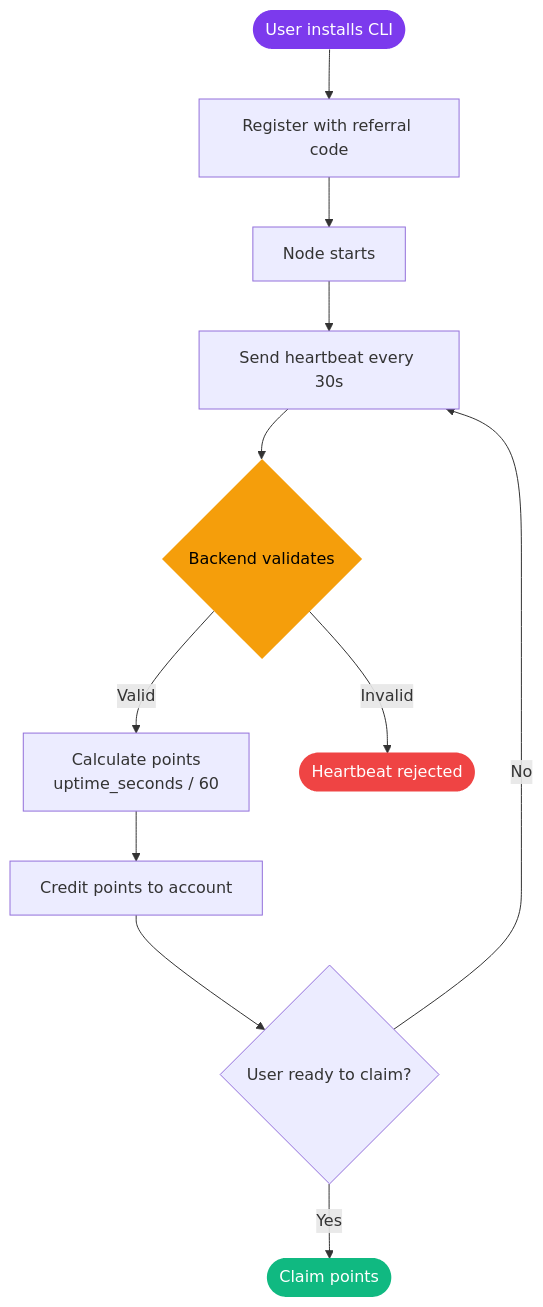
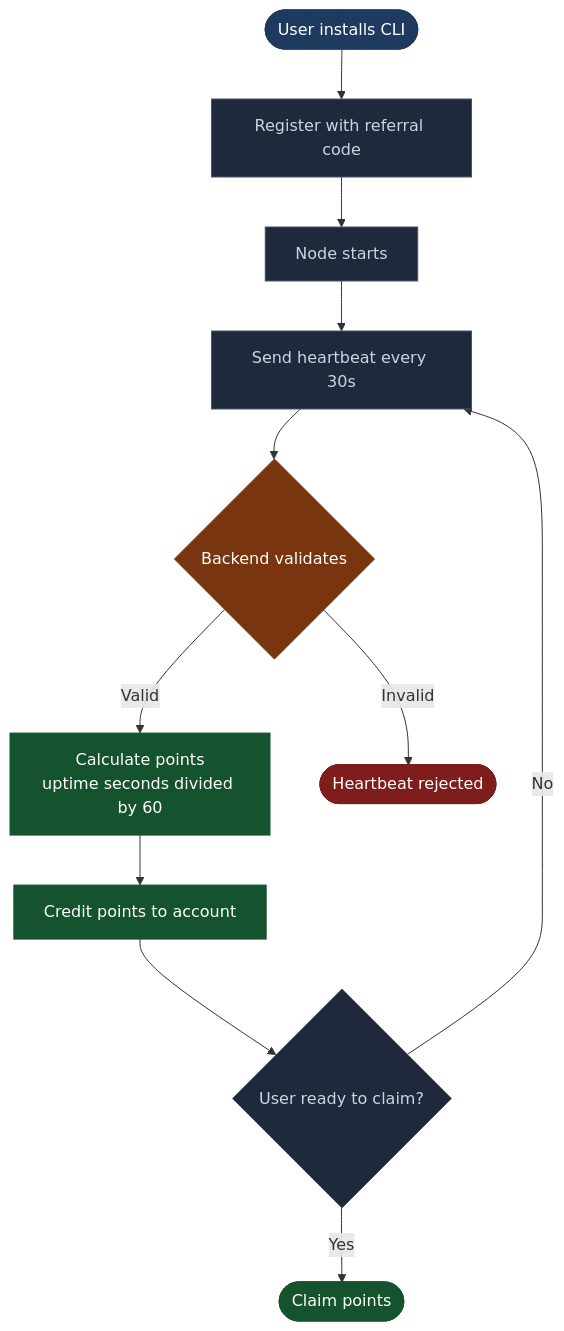
The second of 2 diagrams in how-it-works.md (Nexora-Node/Docs), drawn with Mermaid before and after one commit. The commit also changed other lines of this file and 5 other files, not shown here.

Commit message:
docs: fix diagram bugs, unify color palette, remove bidirectional arrows

````diff
--- a/how-it-works.md
+++ b/how-it-works.md
@@ -35,18 +35,24 @@
 ```mermaid
 flowchart TD
     A([User installs CLI]) --> B[Register with referral code]
     B --> C[Node starts]
     C --> D[Send heartbeat every 30s]
     D --> E{Backend validates}
-    E -->|Valid| F[Calculate points\nuptime_seconds / 60]
+    E -->|Valid| F[Calculate points\nuptime seconds divided by 60]
     E -->|Invalid| G([Heartbeat rejected])
     F --> H[Credit points to account]
     H --> I{User ready to claim?}
     I -->|Yes| J([Claim points])
     I -->|No| D
 
-    style A fill:#7c3aed,color:#fff,stroke:none
-    style J fill:#10b981,color:#fff,stroke:none
-    style G fill:#ef4444,color:#fff,stroke:none
-    style E fill:#f59e0b,color:#000,stroke:none
+    style A fill:#1e3a5f,stroke:#1e3a5f,color:#fff
+    style B fill:#1e293b,stroke:#475569,color:#cbd5e1
+    style C fill:#1e293b,stroke:#475569,color:#cbd5e1
+    style D fill:#1e293b,stroke:#475569,color:#cbd5e1
+    style E fill:#78350f,stroke:#78350f,color:#fff
+    style F fill:#14532d,stroke:#14532d,color:#fff
+    style G fill:#7f1d1d,stroke:#7f1d1d,color:#fff
+    style H fill:#14532d,stroke:#14532d,color:#fff
+    style I fill:#1e293b,stroke:#475569,color:#cbd5e1
+    style J fill:#14532d,stroke:#14532d,color:#fff
 ```
````
